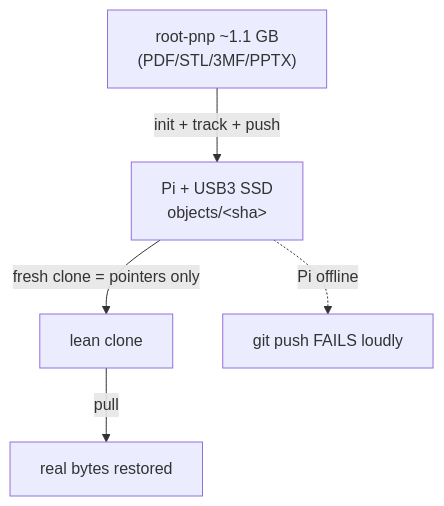
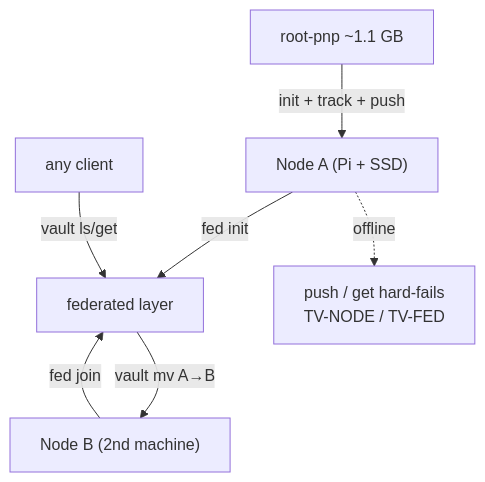
Before and after one commit to Ibtesam-Mahmood/Tailvault: the diagram in tasks/task-26-dogfood-root-pnp.md, drawn with Mermaid. The commit also changed other lines of this file and 38 other files, not shown here.

````diff
--- a/tasks/task-26-dogfood-root-pnp.md
+++ b/tasks/task-26-dogfood-root-pnp.md
@@ -34,7 +40,9 @@
 ```mermaid
 graph TB
-    RP["root-pnp ~1.1 GB<br/>(PDF/STL/3MF/PPTX)"] -->|init + track + push| PI["Pi + USB3 SSD<br/>objects/&lt;sha&gt;"]
-    PI -->|fresh clone = pointers only| LEAN["lean clone"]
-    LEAN -->|pull| BYTES["real bytes restored"]
-    PI -.->|Pi offline| FAIL["git push FAILS loudly"]
+    RP["root-pnp ~1.1 GB"] -->|init + track + push| N1["Node A (Pi + SSD)"]
+    N1 -->|fed init| FED["federated layer"]
+    N2["Node B (2nd machine)"] -->|fed join| FED
+    FED -->|vault mv A→B| N2
+    LAP["any client"] -->|vault ls/get| FED
+    N1 -.->|offline| FAIL["push / get hard-fails<br/>TV-NODE / TV-FED"]
 ```
````
